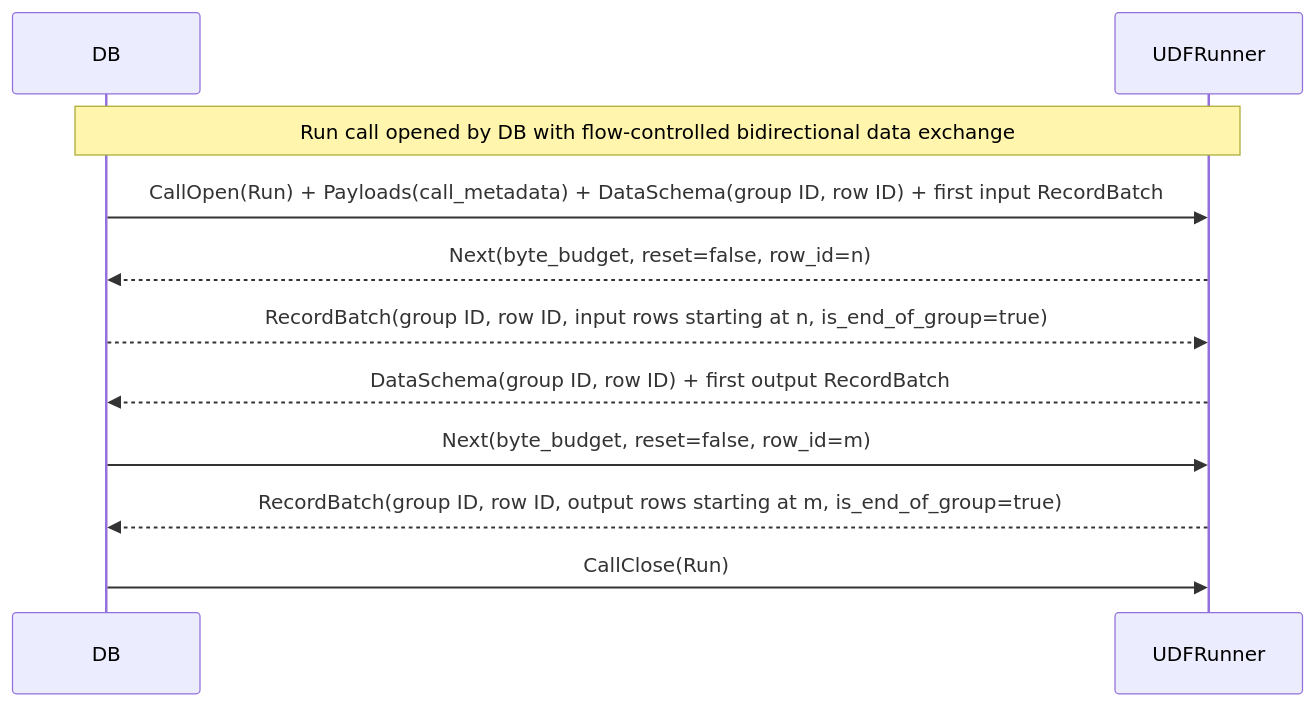
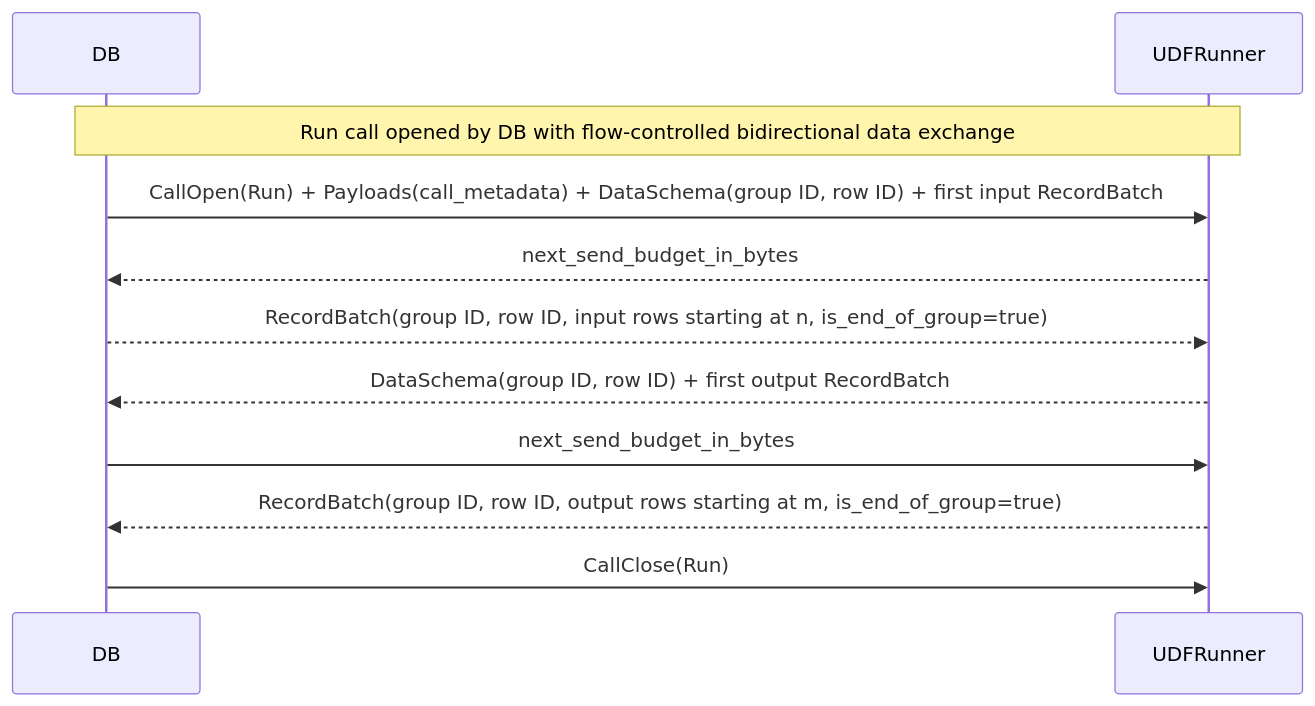
Before and after one commit to exasol/udf-runner-cpp: the diagram in doc/design/v2/protocol/high_level/run_sequence.mmd, drawn with Mermaid. The commit also changed 70 other files, not shown here.

```diff
--- a/doc/design/v2/protocol/high_level/run_sequence.mmd
+++ b/doc/design/v2/protocol/high_level/run_sequence.mmd
@@ -1,13 +1,13 @@
 sequenceDiagram
     participant DB
     participant UDFRunner
 
     Note over DB,UDFRunner: Run call opened by DB with flow-controlled bidirectional data exchange
 
     DB->>UDFRunner: CallOpen(Run) + Payloads(call_metadata) + DataSchema(group ID, row ID) + first input RecordBatch
-    UDFRunner-->>DB: Next(byte_budget, reset=false, row_id=n)
+    UDFRunner-->>DB: next_send_budget_in_bytes
     DB-->>UDFRunner: RecordBatch(group ID, row ID, input rows starting at n, is_end_of_group=true)
     UDFRunner-->>DB: DataSchema(group ID, row ID) + first output RecordBatch
-    DB->>UDFRunner: Next(byte_budget, reset=false, row_id=m)
+    DB->>UDFRunner: next_send_budget_in_bytes
     UDFRunner-->>DB: RecordBatch(group ID, row ID, output rows starting at m, is_end_of_group=true)
     DB->>UDFRunner: CallClose(Run)
```
